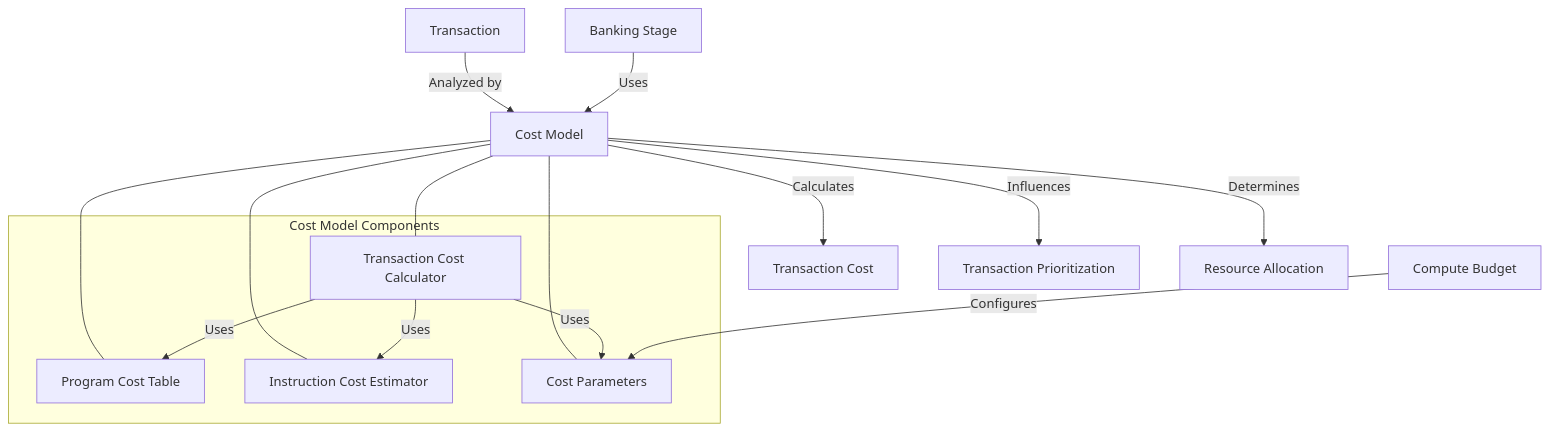
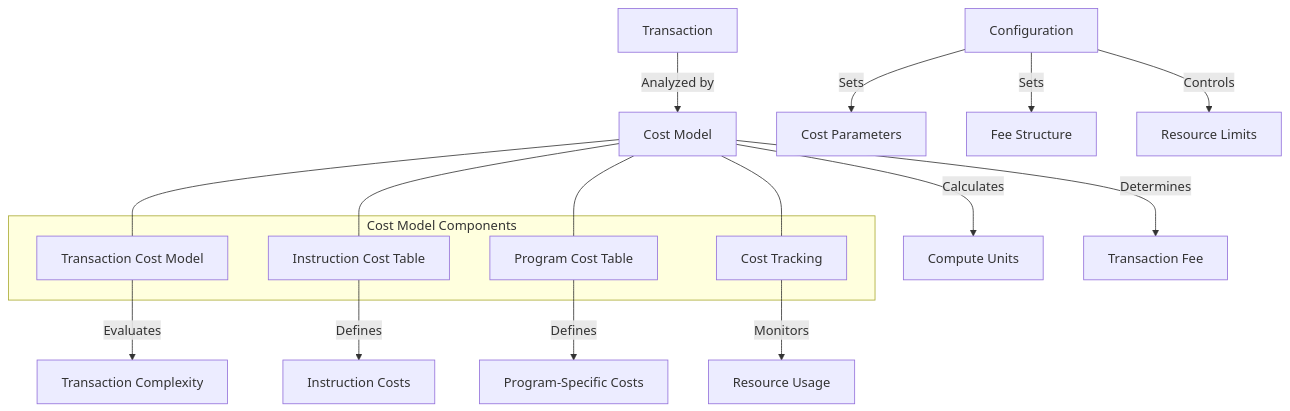
The diagram in cost-model/README.md (openSVM/agave), drawn with Mermaid before and after one commit. The commit also changed other lines of this file and 9 other files, not shown here.

````diff
--- a/cost-model/README.md
+++ b/cost-model/README.md
@@ -7,26 +7,27 @@
 ```mermaid
 graph TD
     A[Transaction] -->|Analyzed by| B[Cost Model]
-    B -->|Calculates| C[Transaction Cost]
-    B -->|Influences| D[Transaction Prioritization]
-    B -->|Determines| E[Resource Allocation]
+    B -->|Calculates| C[Compute Units]
+    B -->|Determines| D[Transaction Fee]
     
     subgraph "Cost Model Components"
-    F[Transaction Cost Calculator]
+    E[Transaction Cost Model]
+    F[Instruction Cost Table]
     G[Program Cost Table]
-    H[Instruction Cost Estimator]
-    I[Cost Parameters]
+    H[Cost Tracking]
     end
     
+    B --- E
     B --- F
     B --- G
     B --- H
-    B --- I
     
-    F -->|Uses| G
-    F -->|Uses| H
-    F -->|Uses| I
+    E -->|Evaluates| I[Transaction Complexity]
+    F -->|Defines| J[Instruction Costs]
+    G -->|Defines| K[Program-Specific Costs]
+    H -->|Monitors| L[Resource Usage]
     
-    J[Banking Stage] -->|Uses| B
-    K[Compute Budget] -->|Configures| I
+    M[Configuration] -->|Sets| N[Cost Parameters]
+    M -->|Sets| O[Fee Structure]
+    M -->|Controls| P[Resource Limits]
 ```
````
